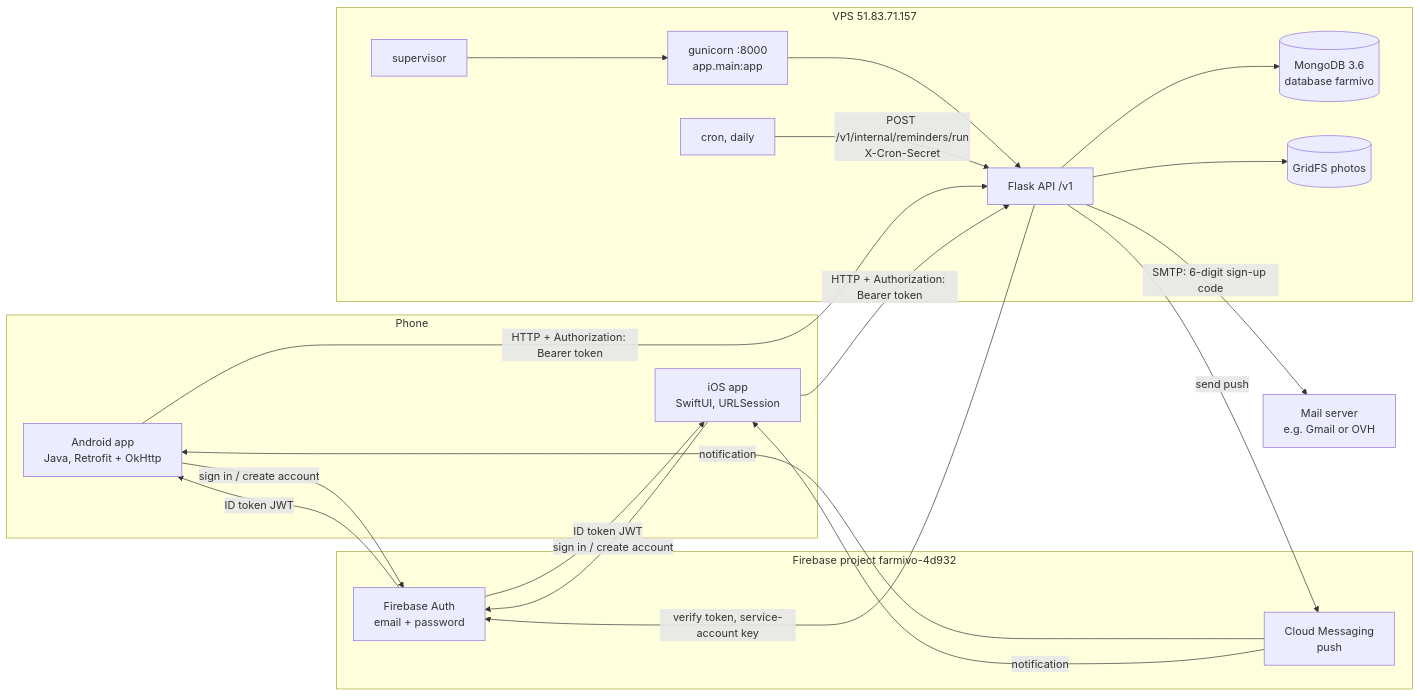
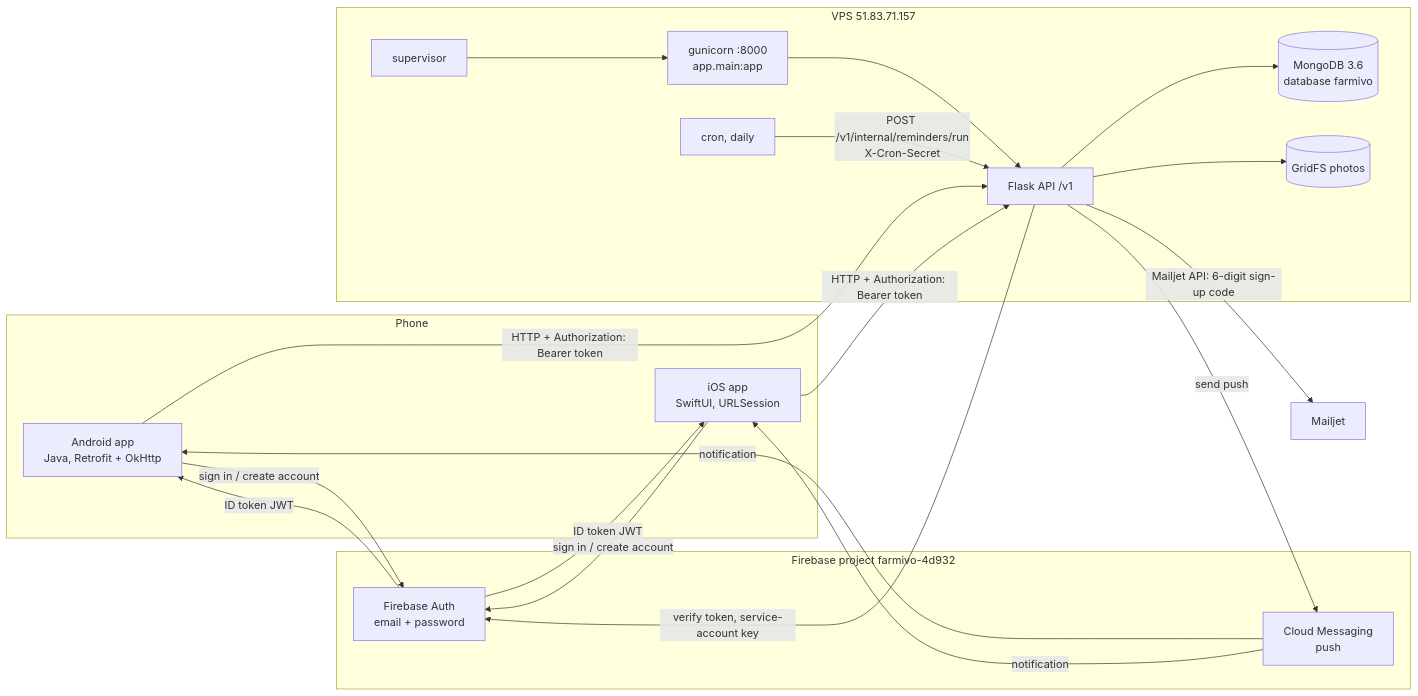
Before and after one commit to haythoum/farmivo_backend: the first of 9 diagrams in docs/SYSTEM_GUIDE.md, drawn with Mermaid. The commit also changed other lines of this file and 12 other files, not shown here.

First line of the commit message:
Send the verification code through Mailjet instead of SMTP

````diff
--- a/docs/SYSTEM_GUIDE.md
+++ b/docs/SYSTEM_GUIDE.md
@@ -19,25 +19,25 @@
 ```mermaid
 flowchart LR
   subgraph Phone
     A[Android app<br/>Java, Retrofit + OkHttp]
     I[iOS app<br/>SwiftUI, URLSession]
   end
   subgraph Google[Firebase project farmivo-4d932]
     AUTH[Firebase Auth<br/>email + password]
     FCM[Cloud Messaging<br/>push]
   end
   subgraph Server[VPS 51.83.71.157]
     SUP[supervisor] --> GU[gunicorn :8000<br/>app.main:app]
     GU --> FL[Flask API /v1]
     FL --> MDB[(MongoDB 3.6<br/>database farmivo)]
     FL --> GFS[(GridFS photos)]
     CRON[cron, daily] -->|POST /v1/internal/reminders/run<br/>X-Cron-Secret| FL
   end
   A & I -->|sign in / create account| AUTH
   AUTH -->|ID token JWT| A & I
   A & I -->|HTTP + Authorization: Bearer token| FL
   FL -->|verify token, service-account key| AUTH
   FL -->|send push| FCM
   FCM -->|notification| A & I
-  FL -->|SMTP: 6-digit sign-up code| MAIL[Mail server<br/>e.g. Gmail or OVH]
+  FL -->|Mailjet API: 6-digit sign-up code| MAIL[Mailjet]
 ```
````
